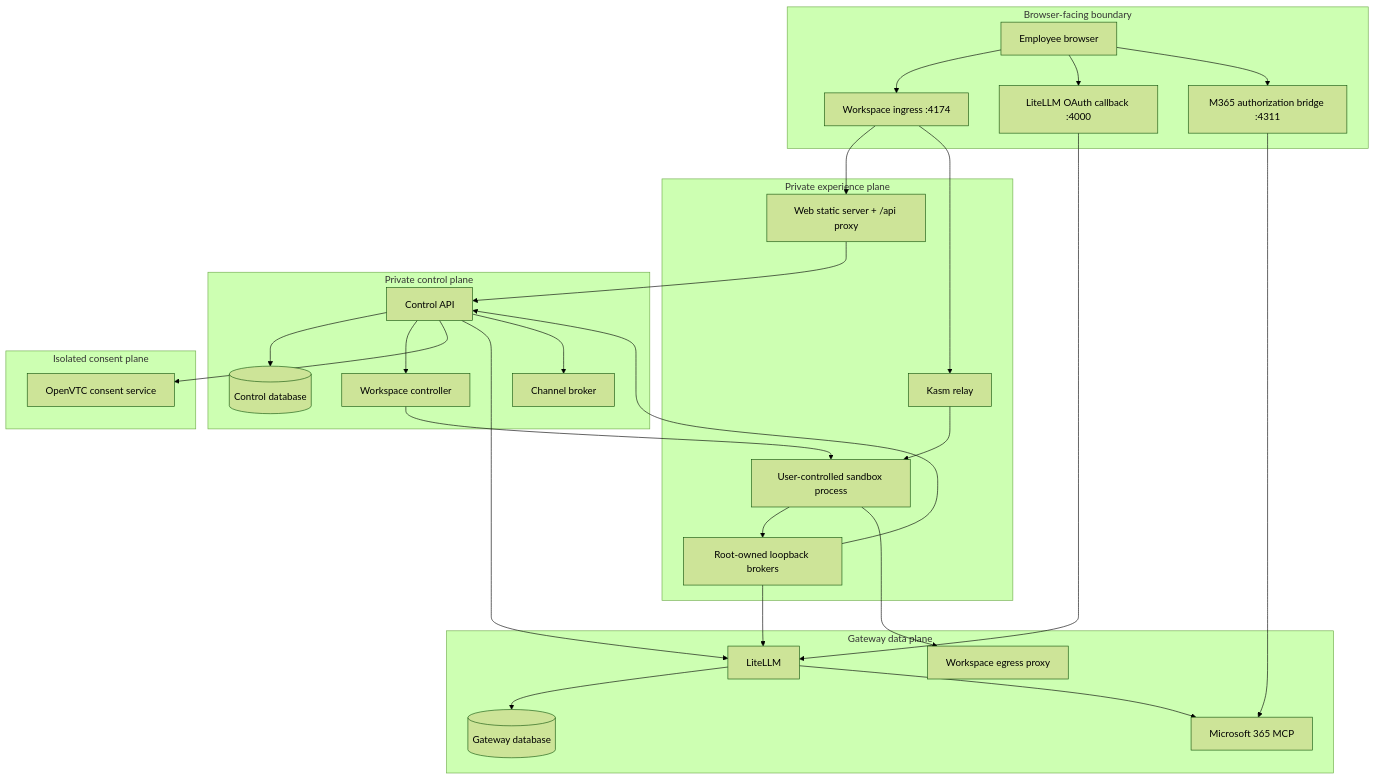
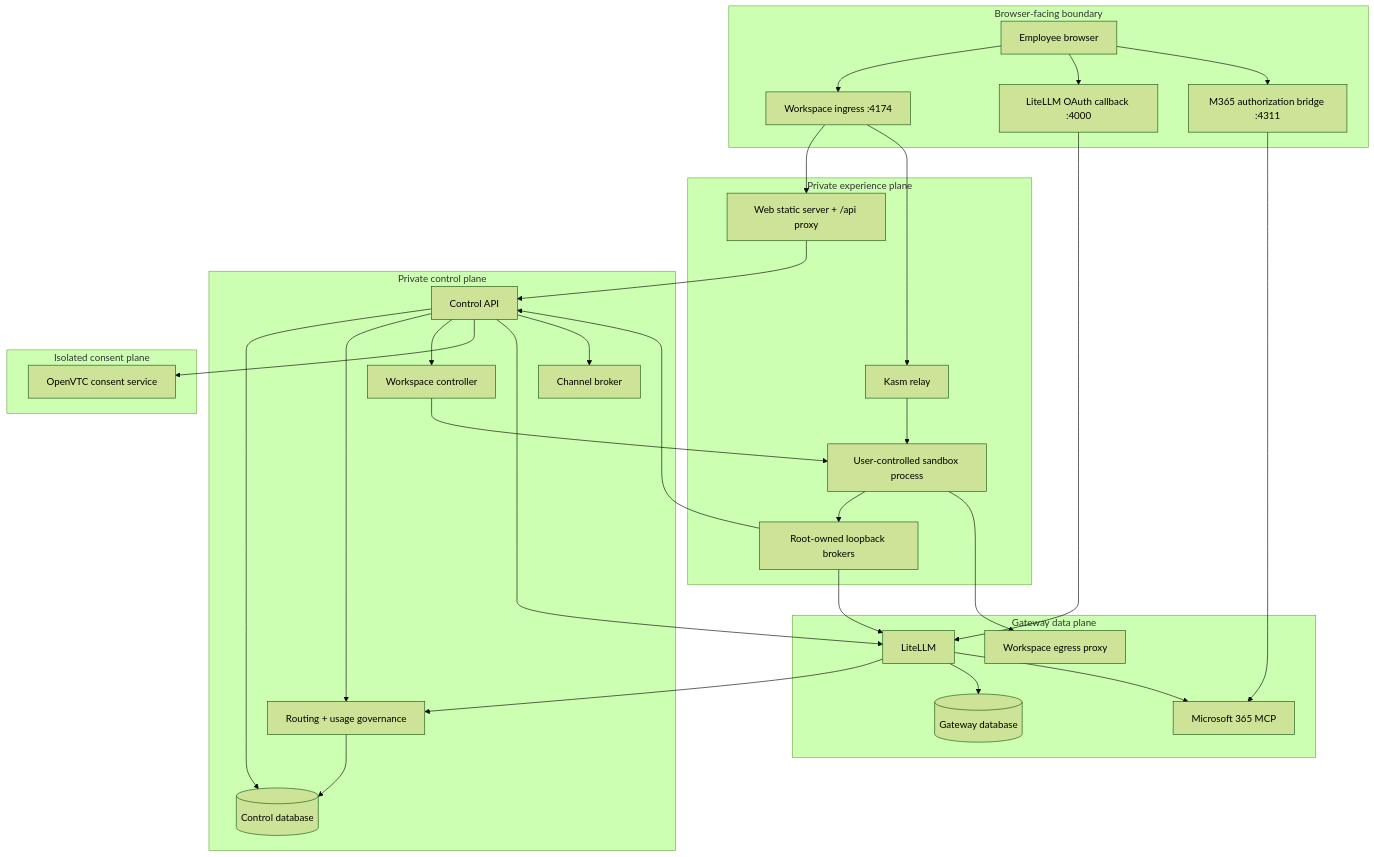
The first of 2 diagrams in docs/architecture.md (ONE-Computer/LemmaComputer), drawn with Mermaid (forest theme) before and after one commit. The commit also changed other lines of this file and 14 other files, not shown here.

Commit message:
docs: refresh AI governance architecture

````diff
--- a/docs/architecture.md
+++ b/docs/architecture.md
@@ -77,51 +79,54 @@
 ```mermaid
 flowchart TB
   subgraph Public["Browser-facing boundary"]
     Browser["Employee browser"]
     Ingress["Workspace ingress :4174"]
     GatewayOAuth["LiteLLM OAuth callback :4000"]
     M365Bridge["M365 authorization bridge :4311"]
   end
 
   subgraph Experience["Private experience plane"]
     Web["Web static server + /api proxy"]
     Sandbox["User-controlled sandbox process"]
     Loopback["Root-owned loopback brokers"]
     Relay["Kasm relay"]
   end
 
   subgraph ControlPlane["Private control plane"]
     Control["Control API"]
+    Governance["Routing + usage governance"]
     Controller["Workspace controller"]
     Channel["Channel broker"]
     ControlDB[("Control database")]
   end
 
   subgraph ConsentPlane["Isolated consent plane"]
     OpenVTC["OpenVTC consent service"]
   end
 
   subgraph DataPlane["Gateway data plane"]
     LiteLLM["LiteLLM"]
     M365["Microsoft 365 MCP"]
     GatewayDB[("Gateway database")]
     Egress["Workspace egress proxy"]
   end
 
   Browser --> Ingress --> Web --> Control
   Browser --> GatewayOAuth --> LiteLLM
   Browser --> M365Bridge --> M365
   Control --> ControlDB
+  Control --> Governance --> ControlDB
+  LiteLLM --> Governance
   Control --> Controller
   Control --> OpenVTC
   Control --> LiteLLM
   Control --> Channel
   Controller --> Sandbox
   Ingress --> Relay --> Sandbox
   Sandbox --> Loopback
   Loopback --> Control
   Loopback --> LiteLLM
   Sandbox --> Egress
   LiteLLM --> GatewayDB
   LiteLLM --> M365
 ```
````
